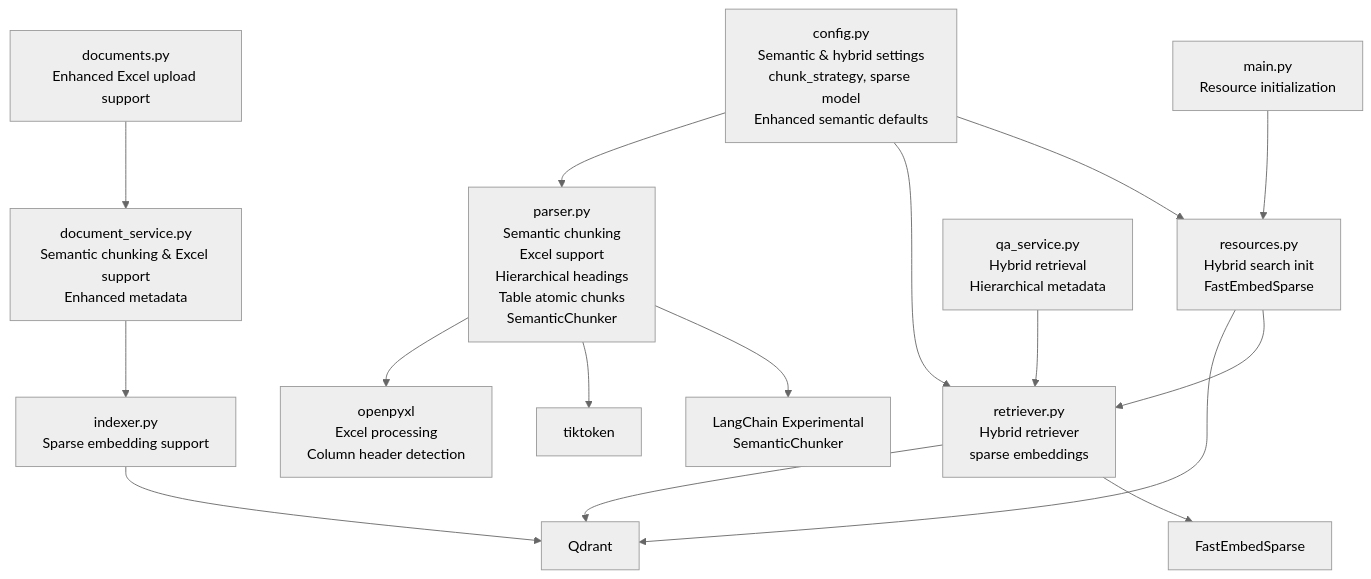
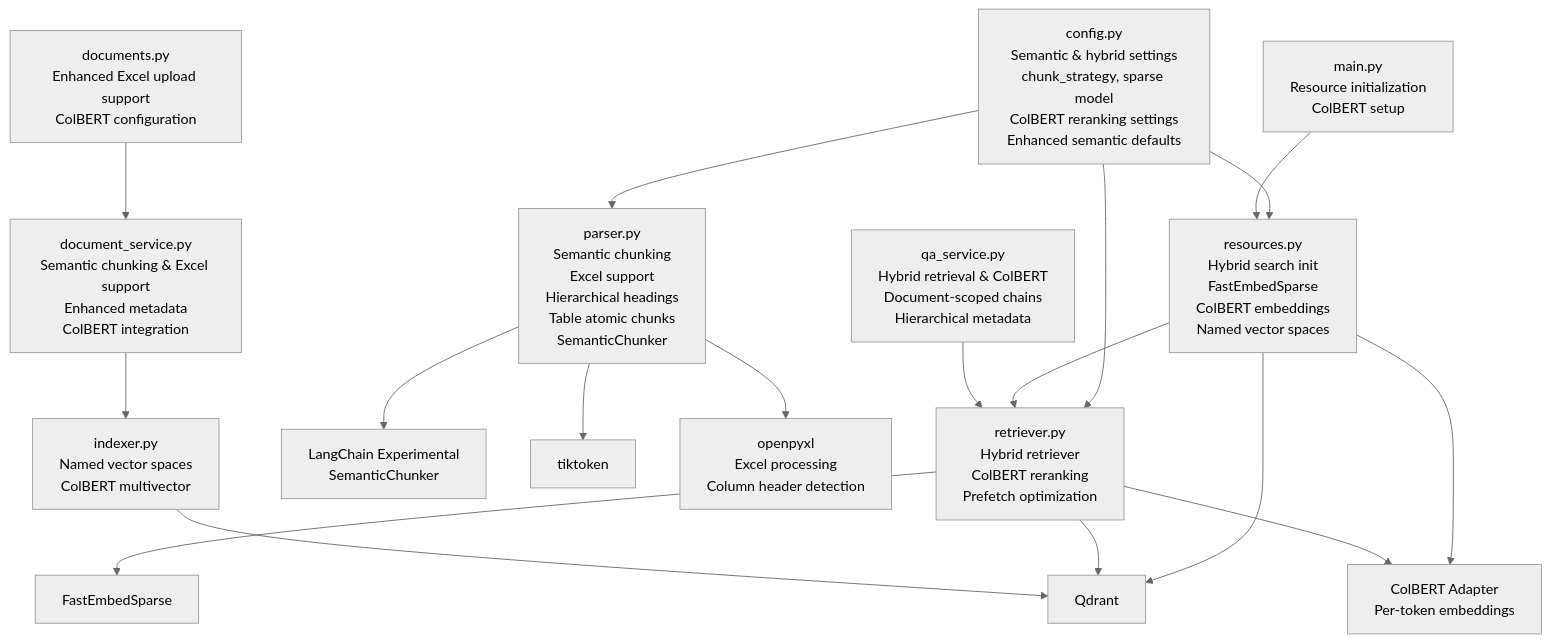
Before and after one commit to ognelis/cafetera_hr_bot: diagram 15 of 15 in .qoder/repowiki/en/content/RAG Integration/RAG Parser Enhancement.md, drawn with Mermaid (neutral theme). The commit also changed other lines of this file and 27 other files, not shown here.

Commit message:
CAFETERA-42 hybrid rerank search

````diff
--- a/.qoder/repowiki/en/content/RAG Integration/RAG Parser Enhancement.md
+++ b/.qoder/repowiki/en/content/RAG Integration/RAG Parser Enhancement.md
@@ -605,18 +701,20 @@
 ```mermaid
 graph TB
-CFG["config.py<br/>Semantic & hybrid settings<br/>chunk_strategy, sparse model<br/>Enhanced semantic defaults"] --> RES["resources.py<br/>Hybrid search init<br/>FastEmbedSparse"]
-CFG --> RET["retriever.py<br/>Hybrid retriever<br/>sparse embeddings"]
+CFG["config.py<br/>Semantic & hybrid settings<br/>chunk_strategy, sparse model<br/>ColBERT reranking settings<br/>Enhanced semantic defaults"] --> RES["resources.py<br/>Hybrid search init<br/>FastEmbedSparse<br/>ColBERT embeddings<br/>Named vector spaces"]
+CFG --> RET["retriever.py<br/>Hybrid retriever<br/>ColBERT reranking<br/>Prefetch optimization"]
 CFG --> PARSE["parser.py<br/>Semantic chunking<br/>Excel support<br/>Hierarchical headings<br/>Table atomic chunks<br/>SemanticChunker"]
 RES --> RET
 RES --> QDRANT["Qdrant"]
+RES --> COLBERT["ColBERT Adapter<br/>Per-token embeddings"]
 PARSE --> LC["LangChain Experimental<br/>SemanticChunker"]
 PARSE --> TIKTOKEN["tiktoken"]
 PARSE --> OPENPYXL["openpyxl<br/>Excel processing<br/>Column header detection"]
 RET --> FE["FastEmbedSparse"]
 RET --> QDRANT
-INDEXER["indexer.py<br/>Sparse embedding support"] --> QDRANT
-SERVICE["document_service.py<br/>Semantic chunking & Excel support<br/>Enhanced metadata"] --> INDEXER
-API["documents.py<br/>Enhanced Excel upload support"] --> SERVICE
-QA["qa_service.py<br/>Hybrid retrieval<br/>Hierarchical metadata"] --> RET
-MAIN["main.py<br/>Resource initialization"] --> RES
+RET --> COLBERT
+INDEXER["indexer.py<br/>Named vector spaces<br/>ColBERT multivector"] --> QDRANT
+SERVICE["document_service.py<br/>Semantic chunking & Excel support<br/>Enhanced metadata<br/>ColBERT integration"] --> INDEXER
+API["documents.py<br/>Enhanced Excel upload support<br/>ColBERT configuration"] --> SERVICE
+QA["qa_service.py<br/>Hybrid retrieval & ColBERT<br/>Document-scoped chains<br/>Hierarchical metadata"] --> RET
+MAIN["main.py<br/>Resource initialization<br/>ColBERT setup"] --> RES
 ```
````
